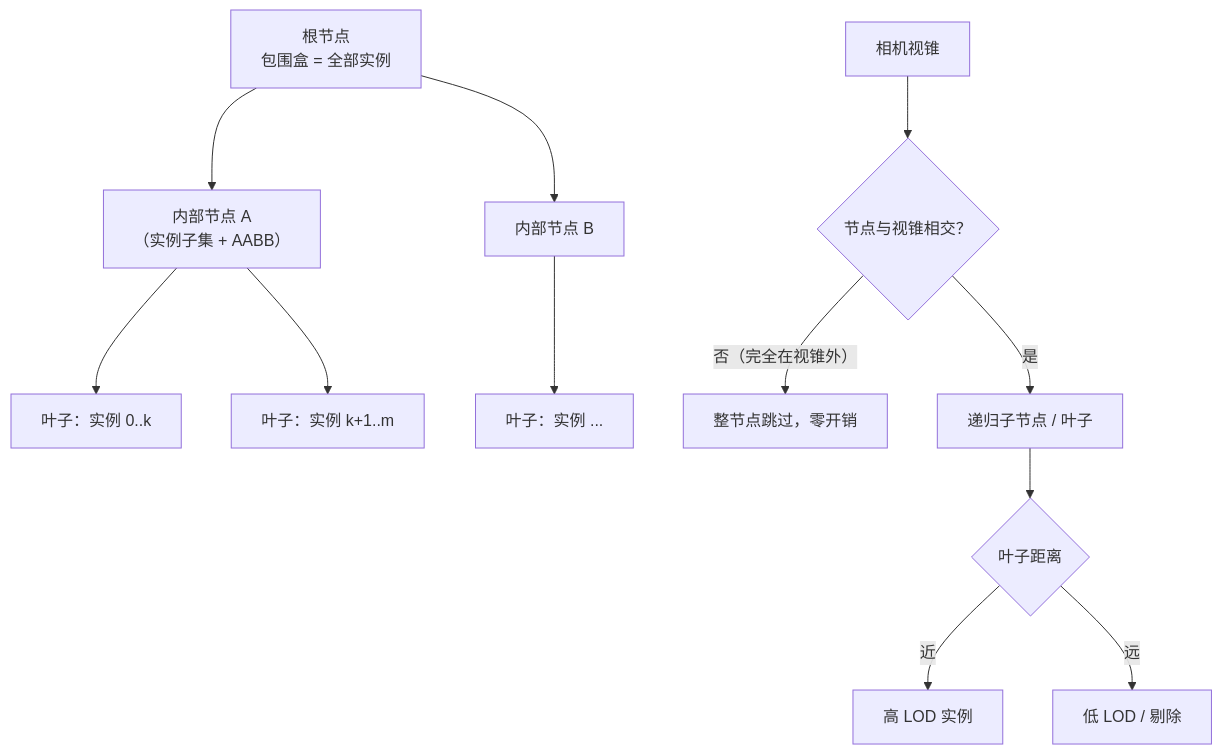
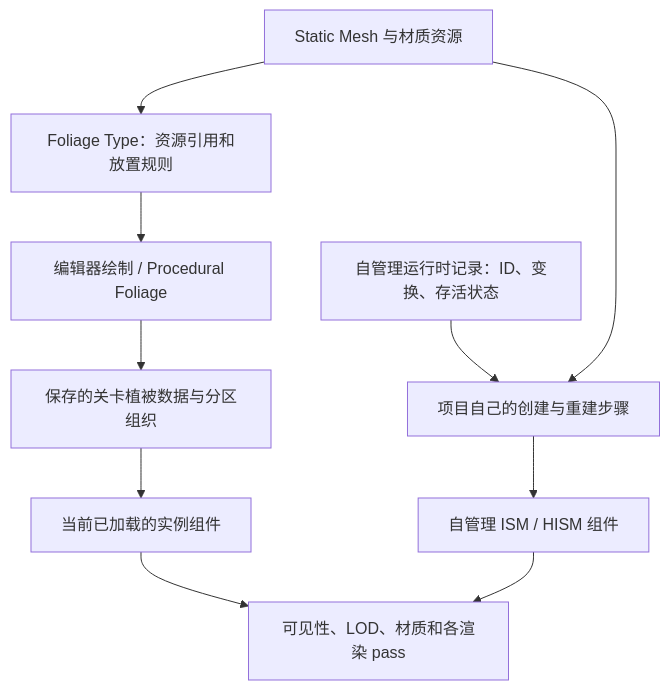
Before and after one commit to fantuan812/learning: the first of 2 diagrams in 知识/04-图形动画与物理仿真/材质地形与世界表现/02-植被Foliage与实例化渲染.md, drawn with Mermaid. The commit also changed other lines of this file and 1 other file, not shown here.

````diff
--- a/知识/04-图形动画与物理仿真/材质地形与世界表现/02-植被Foliage与实例化渲染.md
+++ b/知识/04-图形动画与物理仿真/材质地形与世界表现/02-植被Foliage与实例化渲染.md
@@ -112,14 +62,12 @@
 ```mermaid
-graph TD
-    ROOT["根节点<br/>包围盒 = 全部实例"] --> N1["内部节点 A<br/>（实例子集 + AABB）"]
-    ROOT --> N2["内部节点 B"]
-    N1 --> L1["叶子：实例 0..k"]
-    N1 --> L2["叶子：实例 k+1..m"]
-    N2 --> L3["叶子：实例 ..."]
-    CAM["相机视锥"] --> CULL{"节点与视锥相交？"}
-    CULL -->|"否（完全在视锥外）"| SKIP["整节点跳过，零开销"]
-    CULL -->|"是"| REC["递归子节点 / 叶子"]
-    REC --> LOD{"叶子距离"}
-    LOD -->|"近"| HILOD["高 LOD 实例"]
-    LOD -->|"远"| LOLOD["低 LOD / 剔除"]
+flowchart TD
+    Mesh["Static Mesh 与材质资源"] --> Type["Foliage Type：资源引用和放置规则"]
+    Type --> Paint["编辑器绘制 / Procedural Foliage"]
+    Paint --> Data["保存的关卡植被数据与分区组织"]
+    Data --> Comp["当前已加载的实例组件"]
+    Records["自管理运行时记录：ID、变换、存活状态"] --> Build["项目自己的创建与重建步骤"]
+    Mesh --> Build
+    Build --> OwnComp["自管理 ISM / HISM 组件"]
+    Comp --> Render["可见性、LOD、材质和各渲染 pass"]
+    OwnComp --> Render
 ```
````
